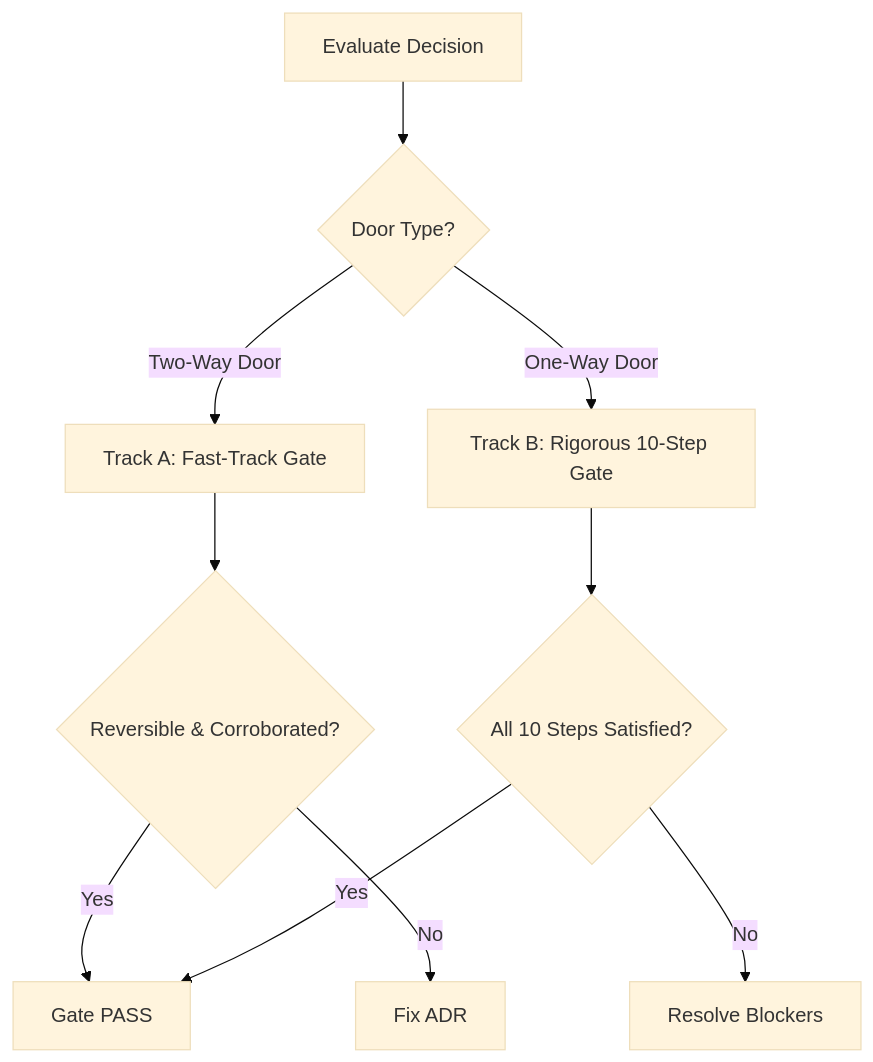
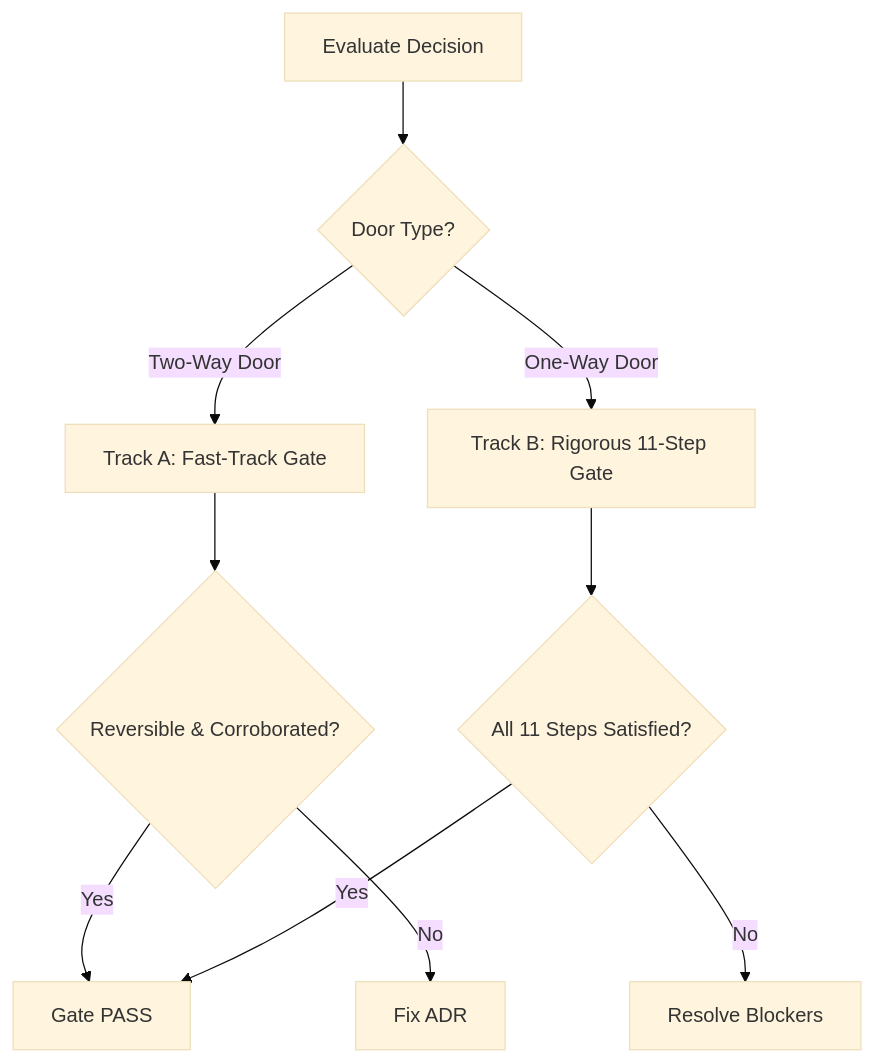
Before and after one commit to bhaskarjha-dev/vivechak: the second of 2 diagrams in docs/MANUAL-WORKFLOW.md, drawn with Mermaid (base theme). The commit also changed other lines of this file and 34 other files, not shown here.

````diff
--- a/docs/MANUAL-WORKFLOW.md
+++ b/docs/MANUAL-WORKFLOW.md
@@ -294,12 +294,12 @@
 ```mermaid
 flowchart TD
     D[Evaluate Decision] --> Check{Door Type?}
     Check -->|Two-Way Door| TrackA[Track A: Fast-Track Gate]
-    Check -->|One-Way Door| TrackB[Track B: Rigorous 10-Step Gate]
+    Check -->|One-Way Door| TrackB[Track B: Rigorous 11-Step Gate]
     TrackA --> PassA{Reversible & Corroborated?}
     PassA -->|Yes| GatePass[Gate PASS]
     PassA -->|No| FixA[Fix ADR]
-    TrackB --> PassB{All 10 Steps Satisfied?}
+    TrackB --> PassB{All 11 Steps Satisfied?}
     PassB -->|Yes| GatePass
     PassB -->|No| FixB[Resolve Blockers]
 ```
````
